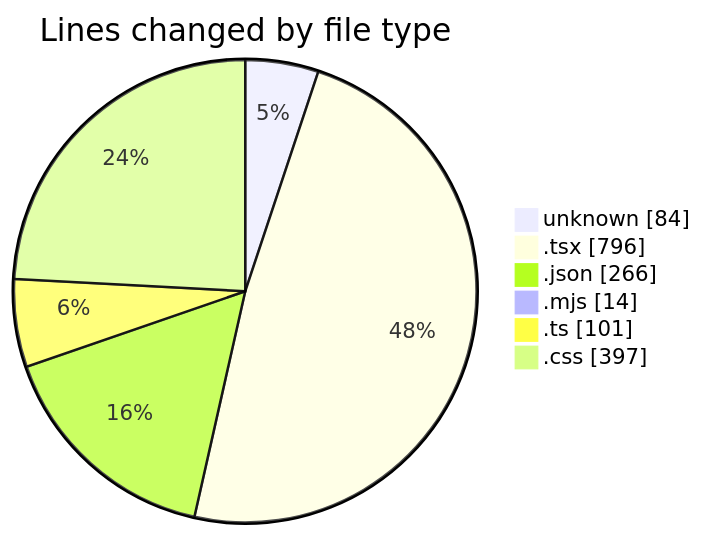
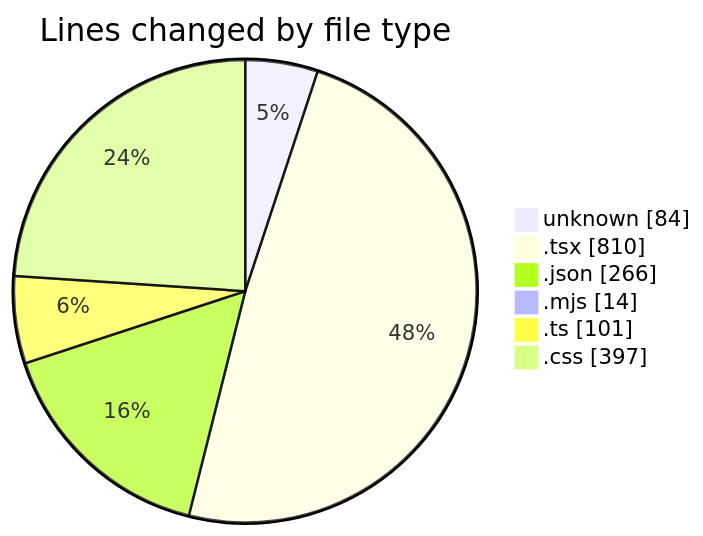
The first of 2 diagrams in 2025-05-15/niten/README.md (Elitesun/code-tracking), drawn with Mermaid before and after one commit. The commit also changed other lines of this file and 1 other file, not shown here.

````diff
--- a/2025-05-15/niten/README.md
+++ b/2025-05-15/niten/README.md
@@ -35,10 +35,10 @@
 ```mermaid
 pie showData
 title Lines changed by file type
 "unknown" : 84
-".tsx" : 796
+".tsx" : 810
 ".json" : 266
 ".mjs" : 14
 ".ts" : 101
 ".css" : 397
 ```
````
